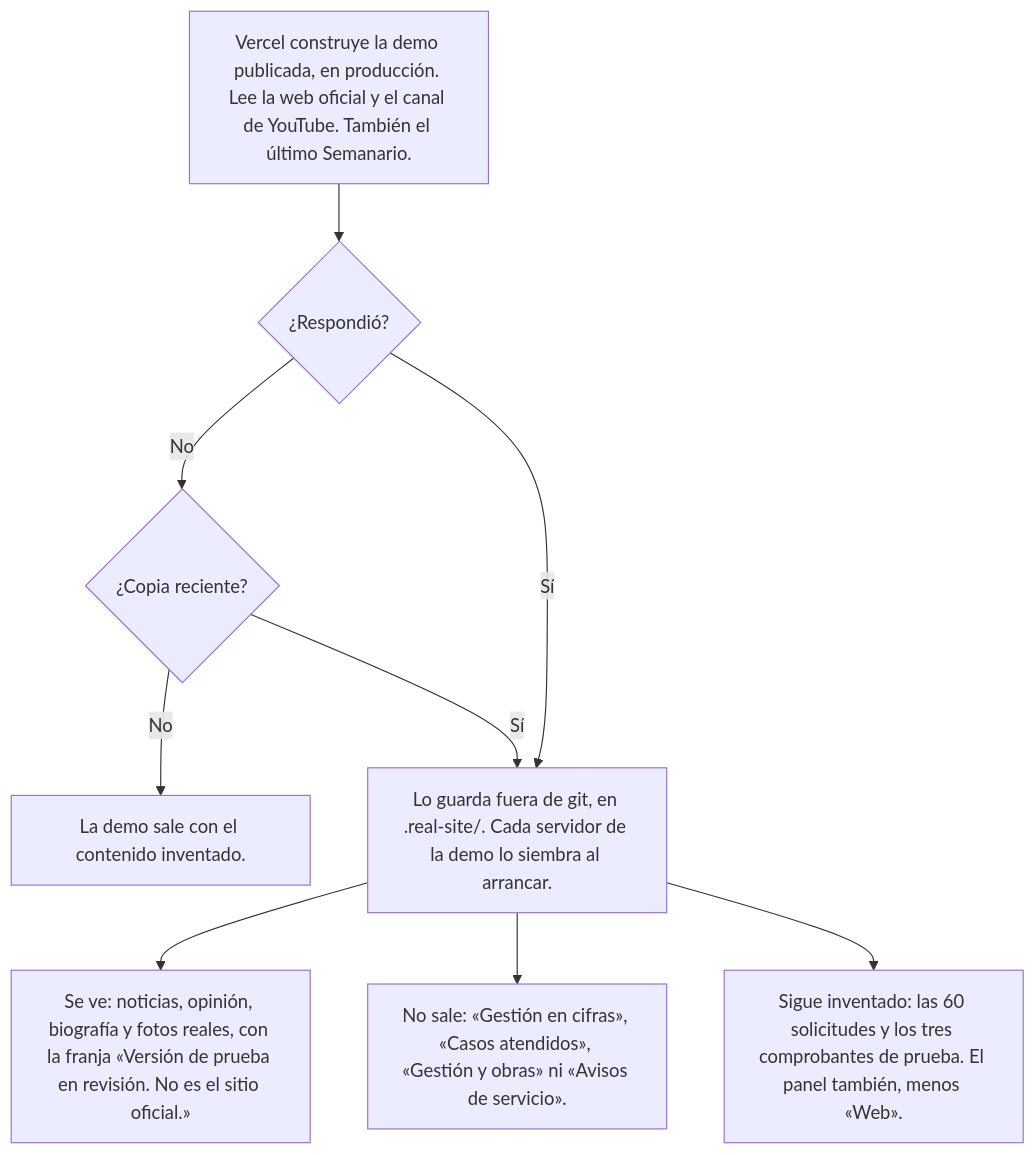
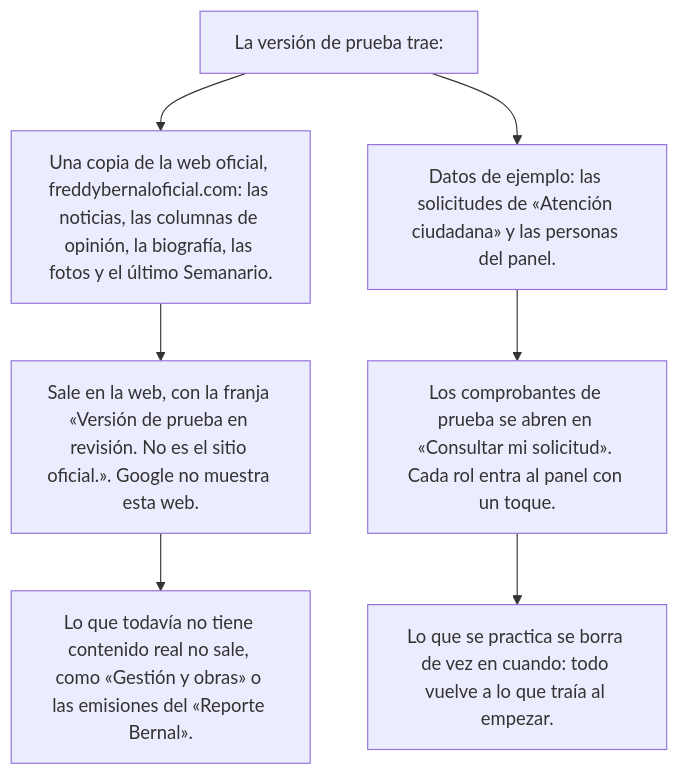
Diagram 18 of 18 in app-freddy-bernal/docs/FLUJOS-WEB.md (fbvenezuela/Gestionapp), drawn with Mermaid before and after one commit. The commit also changed other lines of this file and 5 other files, not shown here.

````diff
--- a/app-freddy-bernal/docs/FLUJOS-WEB.md
+++ b/app-freddy-bernal/docs/FLUJOS-WEB.md
@@ -453,12 +452,10 @@
 ```mermaid
 flowchart TD
-  real_construye["Vercel construye la demo publicada, en producción. Lee la web oficial y el canal de YouTube. También el último Semanario."]
-  real_construye --> real_responde_q{"¿Respondió?"}
-  real_responde_q -- No --> real_copia_q{"¿Copia reciente?"}
-  real_copia_q -- No --> real_inventado["La demo sale con el contenido inventado."]
-  real_copia_q -- Sí --> real_siembra
-  real_responde_q -- Sí --> real_siembra["Lo guarda fuera de git, en .real-site/. Cada servidor de la demo lo siembra al arrancar."]
-  real_siembra --> real_ve["Se ve: noticias, opinión, biografía y fotos reales, con la franja «Versión de prueba en revisión. No es el sitio oficial.»"]
-  real_siembra --> real_oculta["No sale: «Gestión en cifras», «Casos atendidos», «Gestión y obras» ni «Avisos de servicio»."]
-  real_siembra --> real_sigue["Sigue inventado: las 60 solicitudes y los tres comprobantes de prueba. El panel también, menos «Web»."]
+  prueba_trae["La versión de prueba trae:"]
+  prueba_trae --> prueba_copia["Una copia de la web oficial, freddybernaloficial.com: las noticias, las columnas de opinión, la biografía, las fotos y el último Semanario."]
+  prueba_trae --> prueba_ejemplo["Datos de ejemplo: las solicitudes de «Atención ciudadana» y las personas del panel."]
+  prueba_copia --> prueba_web["Sale en la web, con la franja «Versión de prueba en revisión. No es el sitio oficial.». Google no muestra esta web."]
+  prueba_ejemplo --> prueba_consulta["Los comprobantes de prueba se abren en «Consultar mi solicitud». Cada rol entra al panel con un toque."]
+  prueba_web --> prueba_oculto["Lo que todavía no tiene contenido real no sale, como «Gestión y obras» o las emisiones del «Reporte Bernal»."]
+  prueba_consulta --> prueba_borra["Lo que se practica se borra de vez en cuando: todo vuelve a lo que traía al empezar."]
 ```
````
